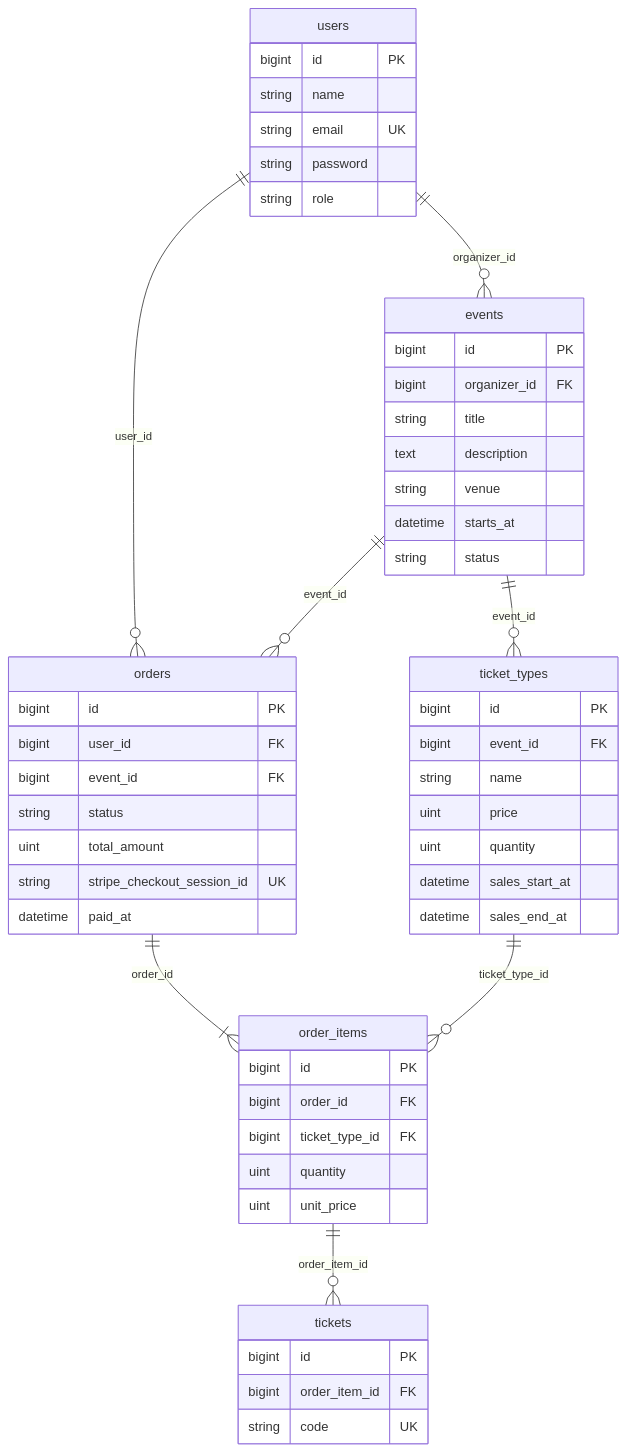
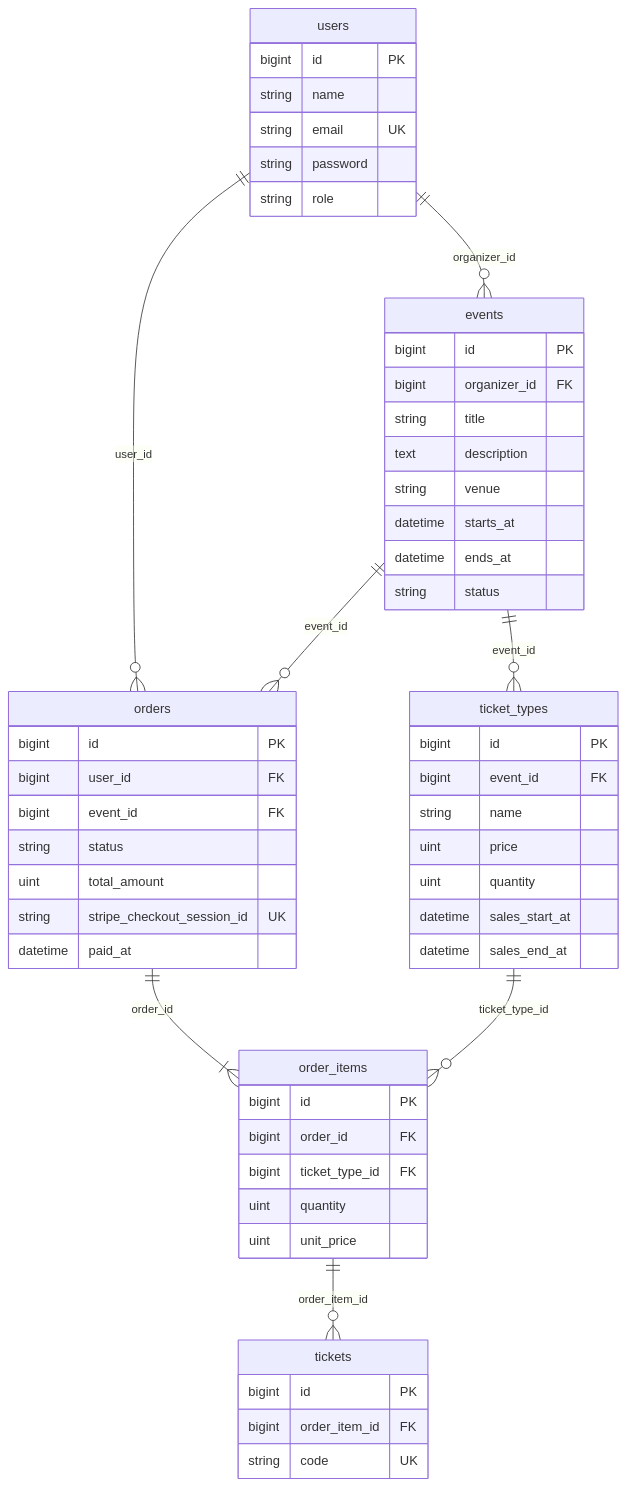
One commit to nekonimatatabi/ticket-app changed the diagram in doc/design/database.md. Above: the diagram before and after it, drawn with Mermaid. The commit also changed other lines of this file and 16 other files, not shown here.

````diff
--- a/doc/design/database.md
+++ b/doc/design/database.md
@@ -5,57 +5,58 @@
 ```mermaid
 erDiagram
     users ||--o{ events : organizer_id
     users ||--o{ orders : user_id
     events ||--o{ ticket_types : event_id
     events ||--o{ orders : event_id
     orders ||--|{ order_items : order_id
     ticket_types ||--o{ order_items : ticket_type_id
     order_items ||--o{ tickets : order_item_id
 
     users {
         bigint id PK
         string name
         string email UK
         string password
         string role
     }
     events {
         bigint id PK
         bigint organizer_id FK
         string title
         text description
         string venue
         datetime starts_at
+        datetime ends_at
         string status
     }
     ticket_types {
         bigint id PK
         bigint event_id FK
         string name
         uint price
         uint quantity
         datetime sales_start_at
         datetime sales_end_at
     }
     orders {
         bigint id PK
         bigint user_id FK
         bigint event_id FK
         string status
         uint total_amount
         string stripe_checkout_session_id UK
         datetime paid_at
     }
     order_items {
         bigint id PK
         bigint order_id FK
         bigint ticket_type_id FK
         uint quantity
         uint unit_price
     }
     tickets {
         bigint id PK
         bigint order_item_id FK
         string code UK
     }
 ```
````
